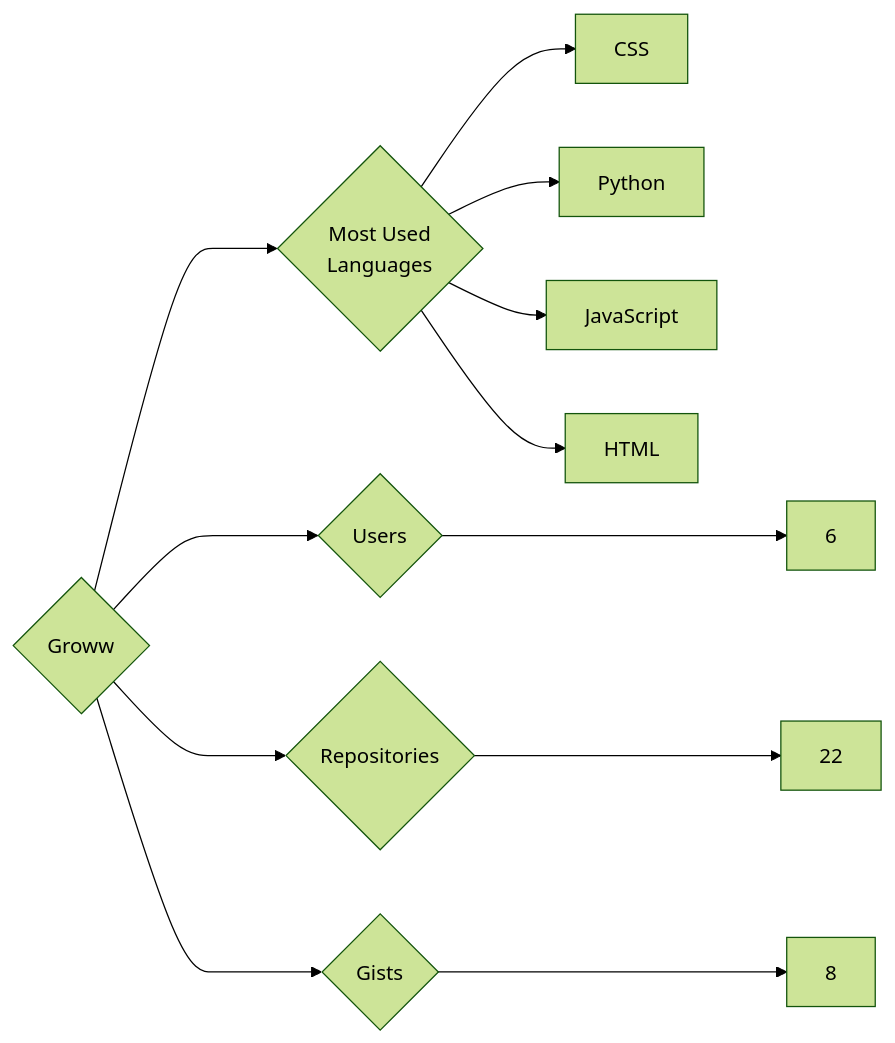
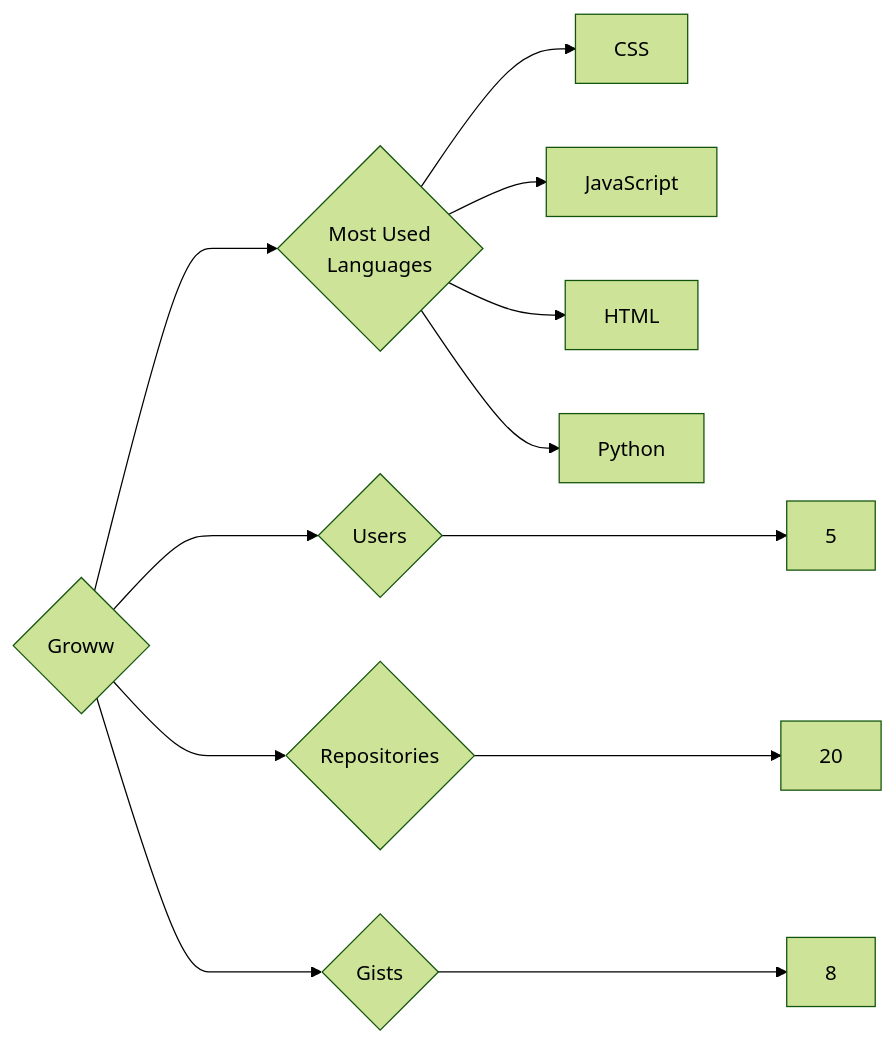
The diagram in targets/Groww/README.md (trickest/insiders), drawn with Mermaid (forest theme) before and after one commit. The commit also changed 1084 other files, not shown here.

````diff
--- a/targets/Groww/README.md
+++ b/targets/Groww/README.md
@@ -3,12 +3,12 @@
 ```mermaid
 graph LR
 COMPANY_NAME{Groww}
-COMPANY_NAME ---> U{Users} ---> UN[6]
-COMPANY_NAME ---> R{Repositories} ---> RN[22]
+COMPANY_NAME ---> U{Users} ---> UN[5]
+COMPANY_NAME ---> R{Repositories} ---> RN[20]
 COMPANY_NAME ---> G{Gists} ---> GN[8]
 COMPANY_NAME ---> ML{Most Used<br>Languages}
 ML --> CSS[CSS]
-ML --> Python[Python]
 ML --> JavaScript[JavaScript]
 ML --> HTML[HTML]
+ML --> Python[Python]
 ```
````
